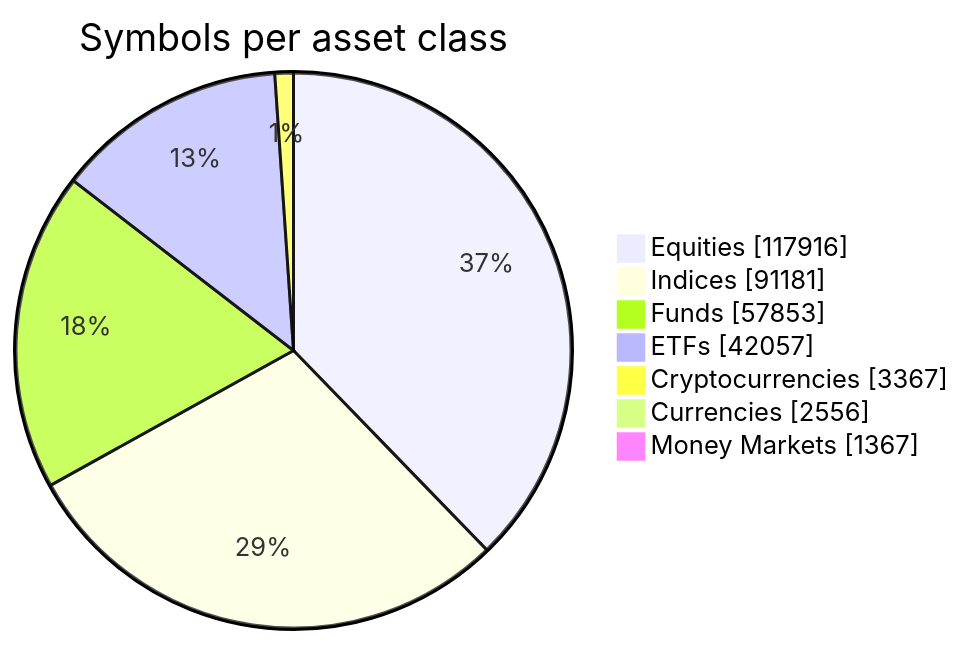
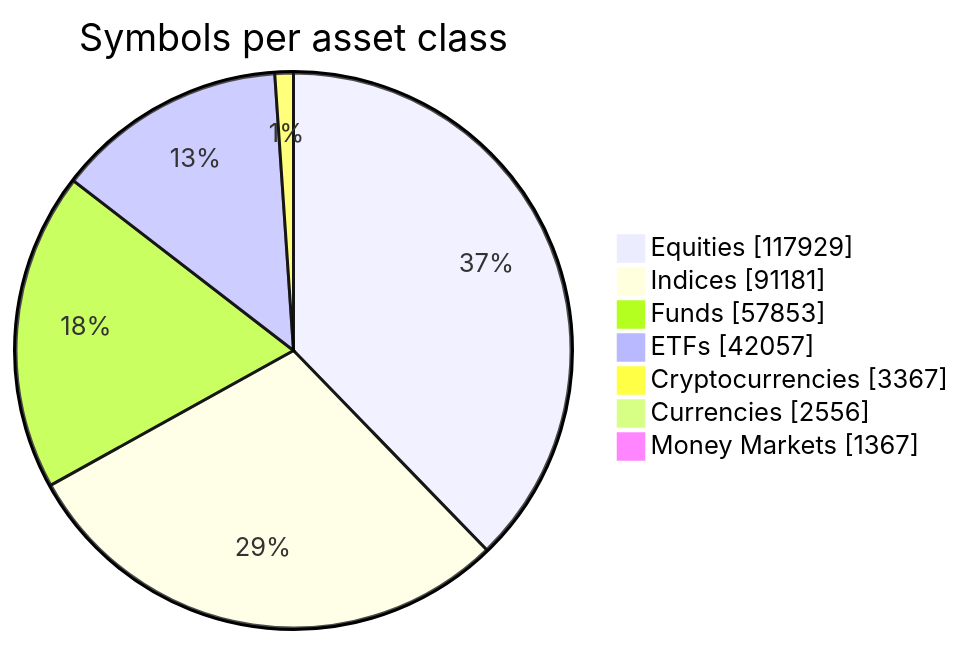
One commit to JerBouma/FinanceDatabase changed the diagram in README.md. Above: the diagram before and after it, drawn with Mermaid. The commit also changed other lines of this file, not shown here.

````diff
--- a/README.md
+++ b/README.md
@@ -46,11 +46,11 @@
 ```mermaid
 pie showData
     title Symbols per asset class
-    "Equities" : 117916
+    "Equities" : 117929
     "Indices" : 91181
     "Funds" : 57853
     "ETFs" : 42057
     "Cryptocurrencies" : 3367
     "Currencies" : 2556
     "Money Markets" : 1367
 ```
````
